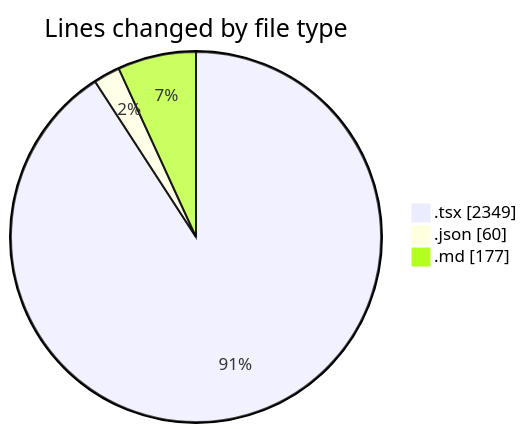
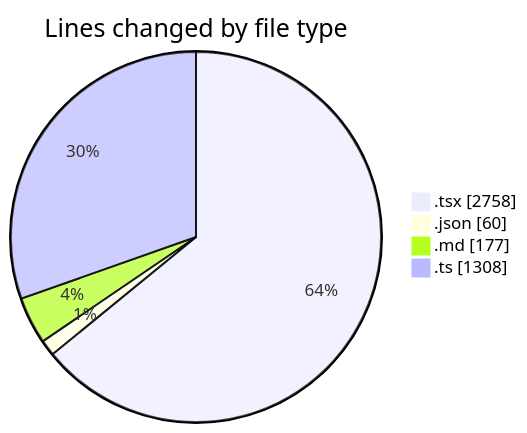
Before and after one commit to momahboobian/code-tracking: the first of 2 diagrams in 2025-12-08/cda/README.md, drawn with Mermaid. The commit also changed other lines of this file and 1 other file, not shown here.

````diff
--- a/2025-12-08/cda/README.md
+++ b/2025-12-08/cda/README.md
@@ -24,7 +27,8 @@
 ```mermaid
 pie showData
 title Lines changed by file type
-".tsx" : 2349
+".tsx" : 2758
 ".json" : 60
 ".md" : 177
+".ts" : 1308
 ```
````
